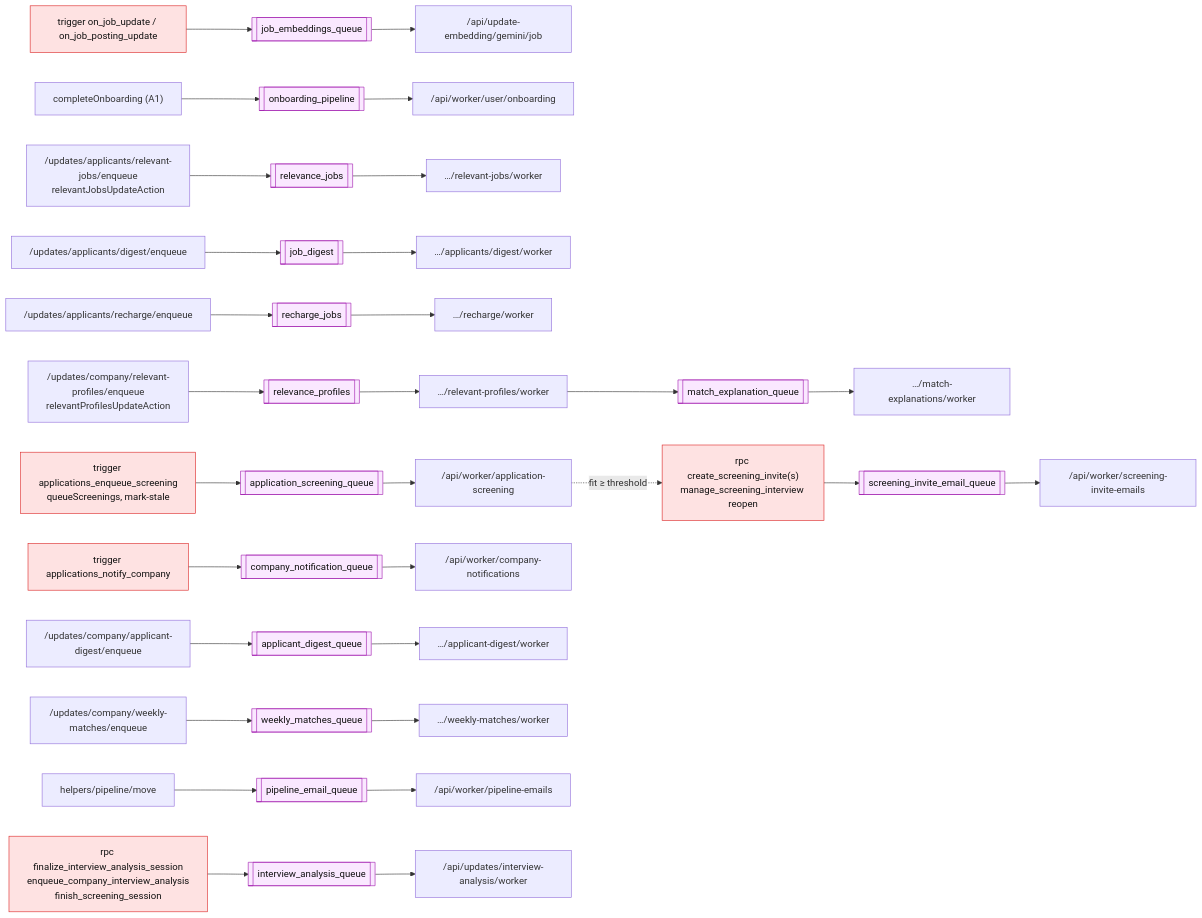
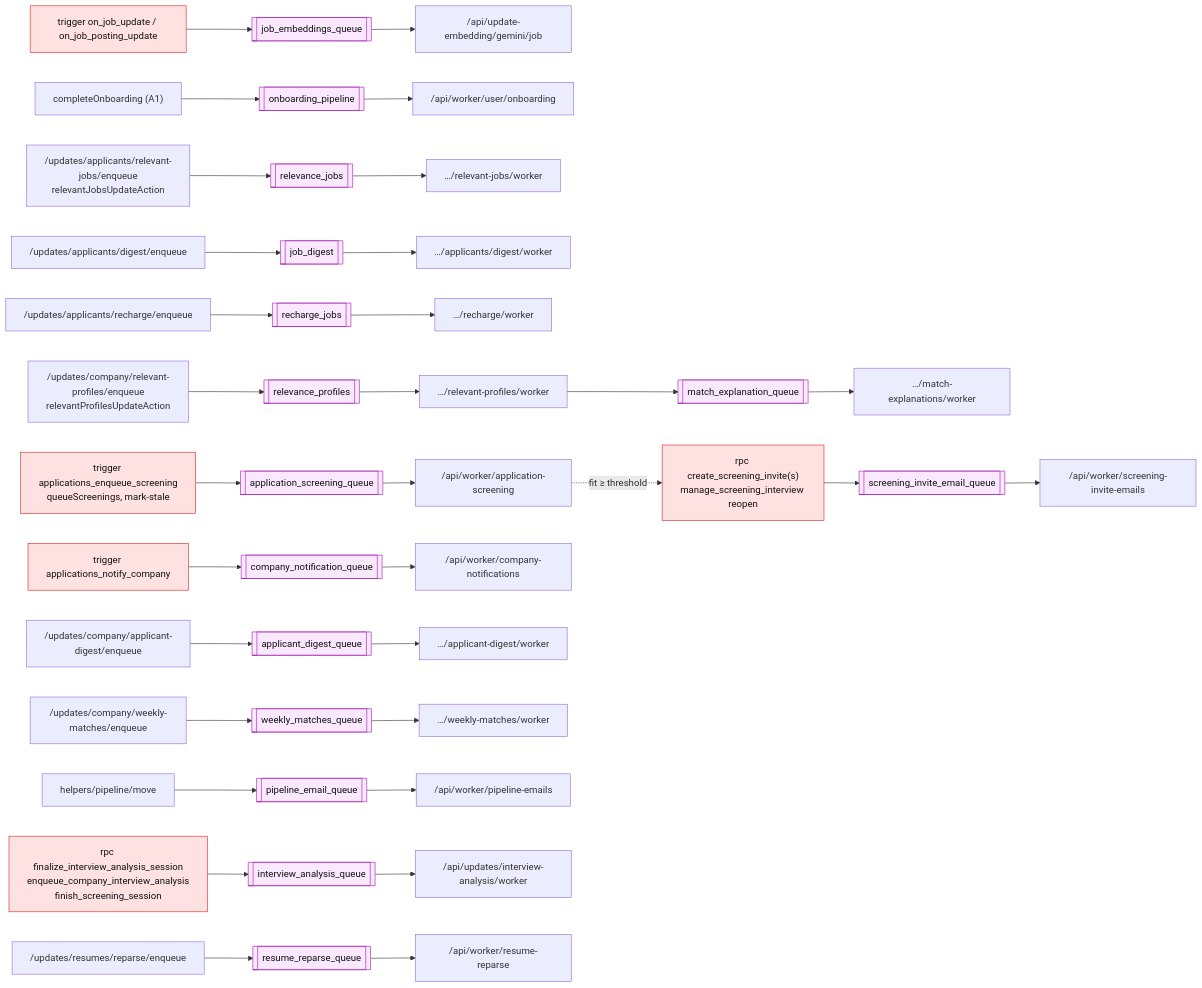
The first of 3 diagrams in docs/app-flows/04-background-jobs.md (kVarunkk/GetHired), drawn with Mermaid before and after one commit. The commit also changed other lines of this file and 192 other files, not shown here.

First line of the commit message:
feat(resume): structured resumes with an editor, exports and applied suggestions

````diff
--- a/docs/app-flows/04-background-jobs.md
+++ b/docs/app-flows/04-background-jobs.md
@@ -9,21 +9,22 @@
 ```mermaid
 flowchart LR
   classDef q fill:#fae8ff,stroke:#a21caf,color:#111
   classDef t fill:#fee2e2,stroke:#dc2626,color:#111
 
   T1["trigger on_job_update / on_job_posting_update"]:::t --> JE[["job_embeddings_queue"]]:::q --> W1["/api/update-embedding/gemini/job"]
   CO["completeOnboarding (A1)"] --> OP[["onboarding_pipeline"]]:::q --> W2["/api/worker/user/onboarding"]
   E3["/updates/applicants/relevant-jobs/enqueue<br/>relevantJobsUpdateAction"] --> RJ[["relevance_jobs"]]:::q --> W3["…/relevant-jobs/worker"]
   E4["/updates/applicants/digest/enqueue"] --> JD[["job_digest"]]:::q --> W4["…/applicants/digest/worker"]
   E5["/updates/applicants/recharge/enqueue"] --> RC[["recharge_jobs"]]:::q --> W5["…/recharge/worker"]
   E6["/updates/company/relevant-profiles/enqueue<br/>relevantProfilesUpdateAction"] --> RP[["relevance_profiles"]]:::q --> W6["…/relevant-profiles/worker"]
   W6 --> ME[["match_explanation_queue"]]:::q --> W7["…/match-explanations/worker"]
   T2["trigger applications_enqueue_screening<br/>queueScreenings, mark-stale"]:::t --> AS[["application_screening_queue"]]:::q --> W8["/api/worker/application-screening"]
   T3["trigger applications_notify_company"]:::t --> CN[["company_notification_queue"]]:::q --> W9["/api/worker/company-notifications"]
   E10["/updates/company/applicant-digest/enqueue"] --> AD[["applicant_digest_queue"]]:::q --> W10["…/applicant-digest/worker"]
   E11["/updates/company/weekly-matches/enqueue"] --> WM[["weekly_matches_queue"]]:::q --> W11["…/weekly-matches/worker"]
   MV["helpers/pipeline/move"] --> PE[["pipeline_email_queue"]]:::q --> W12["/api/worker/pipeline-emails"]
   R13["rpc create_screening_invite(s)<br/>manage_screening_interview reopen"]:::t --> SI[["screening_invite_email_queue"]]:::q --> W13["/api/worker/screening-invite-emails"]
   R14["rpc finalize_interview_analysis_session<br/>enqueue_company_interview_analysis<br/>finish_screening_session"]:::t --> IA[["interview_analysis_queue"]]:::q --> W14["/api/updates/interview-analysis/worker"]
   W8 -. "fit ≥ threshold" .-> R13
+  E15["/updates/resumes/reparse/enqueue"] --> RR[["resume_reparse_queue"]]:::q --> W15["/api/worker/resume-reparse"]
 ```
````
